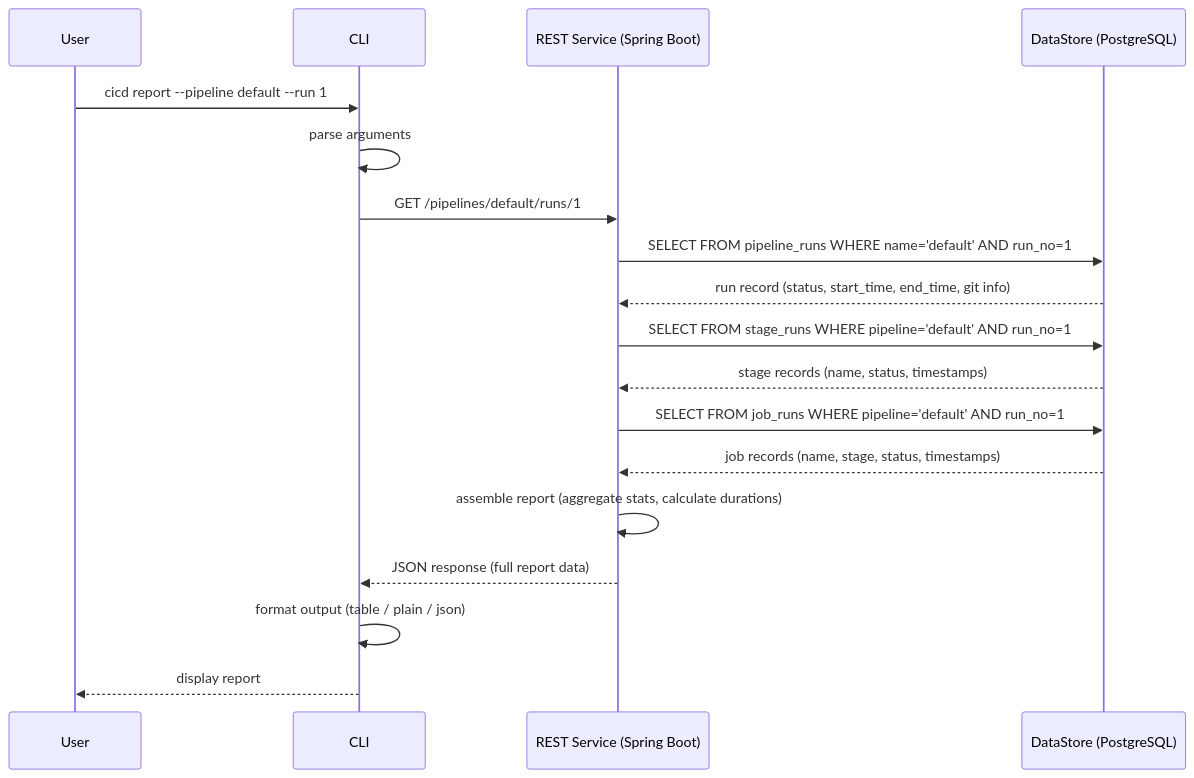
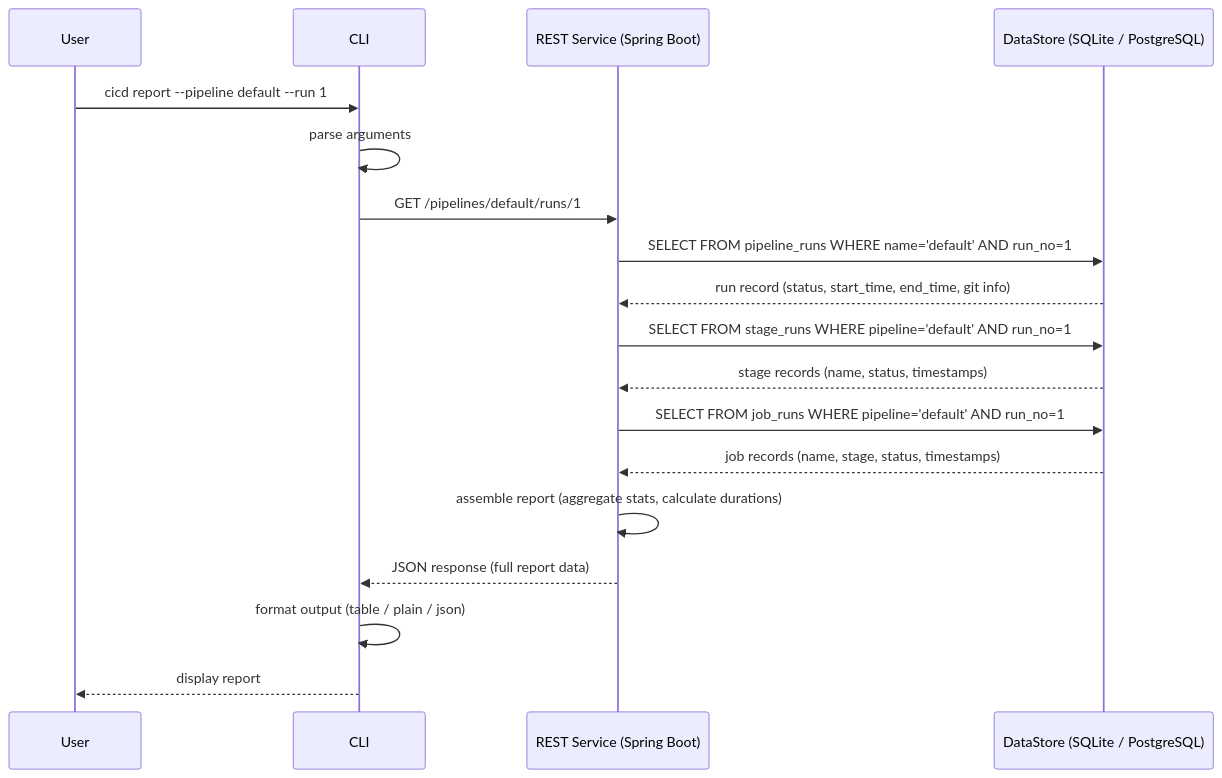
The second of 2 diagrams in dev-docs/design/sequence-diagrams.md (lietcooper/microservice-cicd-system), drawn with Mermaid before and after one commit. The commit also changed other lines of this file and 2 other files, not shown here.

Commit message:
added remote validation and git repository component in designs and diagrams

````diff
--- a/dev-docs/design/sequence-diagrams.md
+++ b/dev-docs/design/sequence-diagrams.md
@@ -64,26 +74,26 @@
 ```mermaid
 sequenceDiagram
     participant User
     participant CLI
     participant REST as REST Service (Spring Boot)
-    participant DB as DataStore (PostgreSQL)
+    participant DB as DataStore (SQLite / PostgreSQL)
 
     User->>CLI: cicd report --pipeline default --run 1
     CLI->>CLI: parse arguments
 
     CLI->>REST: GET /pipelines/default/runs/1
     REST->>DB: SELECT FROM pipeline_runs WHERE name='default' AND run_no=1
     DB-->>REST: run record (status, start_time, end_time, git info)
 
     REST->>DB: SELECT FROM stage_runs WHERE pipeline='default' AND run_no=1
     DB-->>REST: stage records (name, status, timestamps)
 
     REST->>DB: SELECT FROM job_runs WHERE pipeline='default' AND run_no=1
     DB-->>REST: job records (name, stage, status, timestamps)
 
     REST->>REST: assemble report (aggregate stats, calculate durations)
     REST-->>CLI: JSON response (full report data)
 
     CLI->>CLI: format output (table / plain / json)
     CLI-->>User: display report
 ```
````
